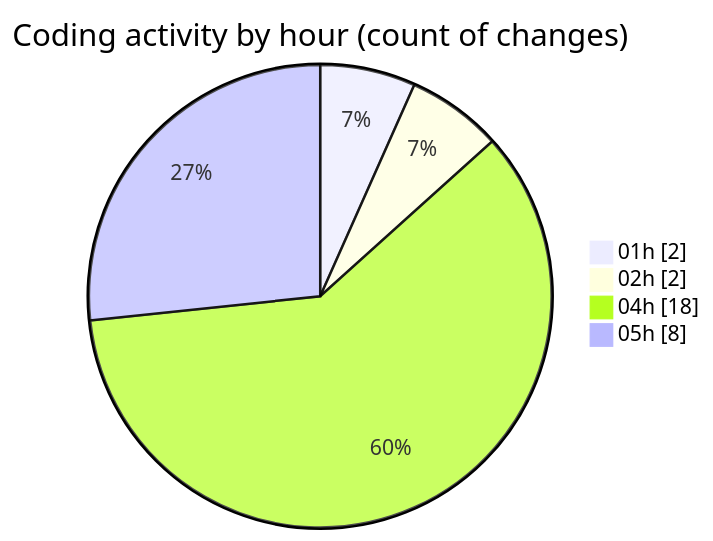
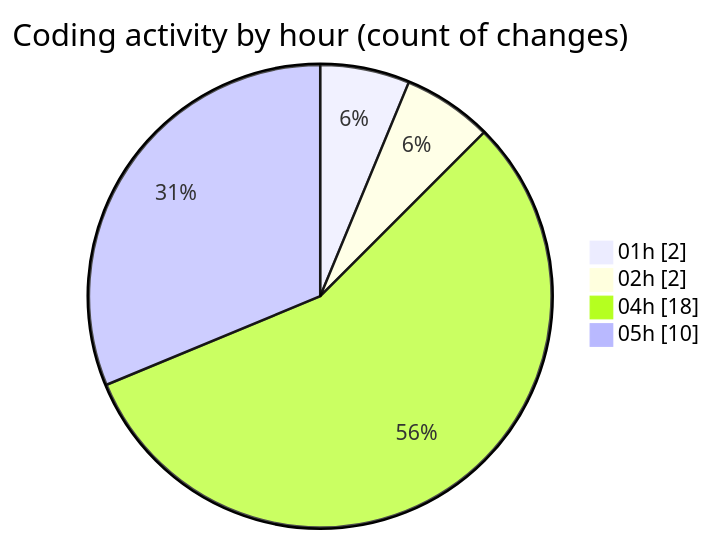
One commit to tmsrecording-cyber/code-tracking changed the second of 2 diagrams in 2026-02-05/singularitybrainai/README.md. Above: the diagram before and after it, drawn with Mermaid. The commit also changed other lines of this file and 1 other file, not shown here.

````diff
--- a/2026-02-05/singularitybrainai/README.md
+++ b/2026-02-05/singularitybrainai/README.md
@@ -30,8 +30,8 @@
 ```mermaid
 pie showData
 title Coding activity by hour (count of changes)
 "01h" : 2
 "02h" : 2
 "04h" : 18
-"05h" : 8
+"05h" : 10
 ```
````
